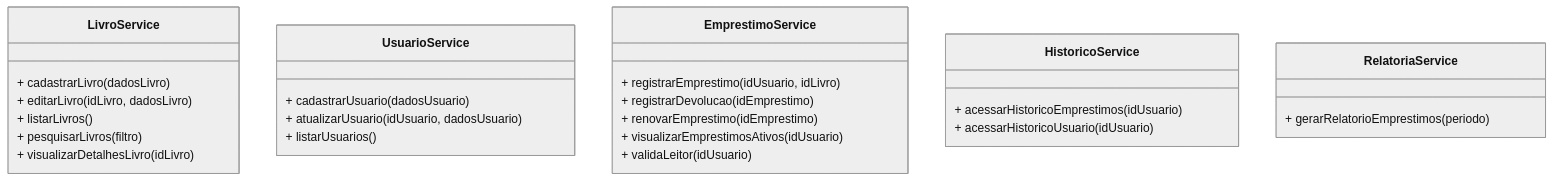
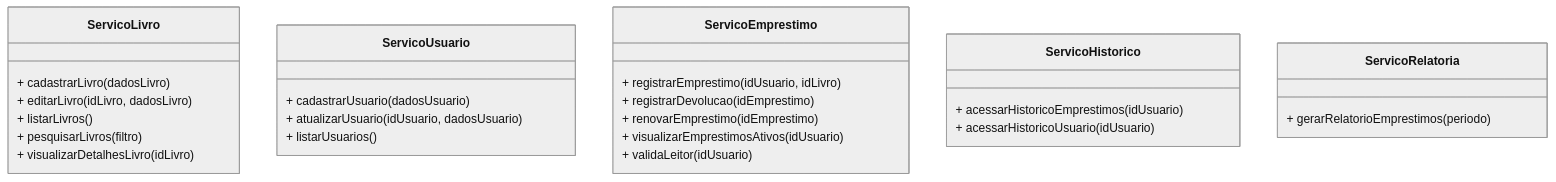
The second of 2 diagrams in lab3/diagrama_componentes_software.md (Marcela1204/CC7532_Bibliomania), drawn with Mermaid (neutral theme) before and after one commit. The commit also changed other lines of this file, not shown here.

````diff
--- a/lab3/diagrama_componentes_software.md
+++ b/lab3/diagrama_componentes_software.md
@@ -64,33 +94,33 @@
 ```mermaid
 classDiagram
-    class LivroService {
+    class ServicoLivro {
         + cadastrarLivro(dadosLivro)
         + editarLivro(idLivro, dadosLivro)
         + listarLivros()
         + pesquisarLivros(filtro)
         + visualizarDetalhesLivro(idLivro)
     }
 
-    class UsuarioService {
+    class ServicoUsuario {
         + cadastrarUsuario(dadosUsuario)
         + atualizarUsuario(idUsuario, dadosUsuario)
         + listarUsuarios()
     }
 
-    class EmprestimoService {
+    class ServicoEmprestimo {
         + registrarEmprestimo(idUsuario, idLivro)
         + registrarDevolucao(idEmprestimo)
         + renovarEmprestimo(idEmprestimo)
         + visualizarEmprestimosAtivos(idUsuario)
         + validaLeitor(idUsuario)
     }
 
-    class HistoricoService {
+    class ServicoHistorico {
         + acessarHistoricoEmprestimos(idUsuario)
         + acessarHistoricoUsuario(idUsuario)
     }
 
-    class RelatoriaService {
+    class ServicoRelatoria {
         + gerarRelatorioEmprestimos(periodo)
     }
 ```
````
